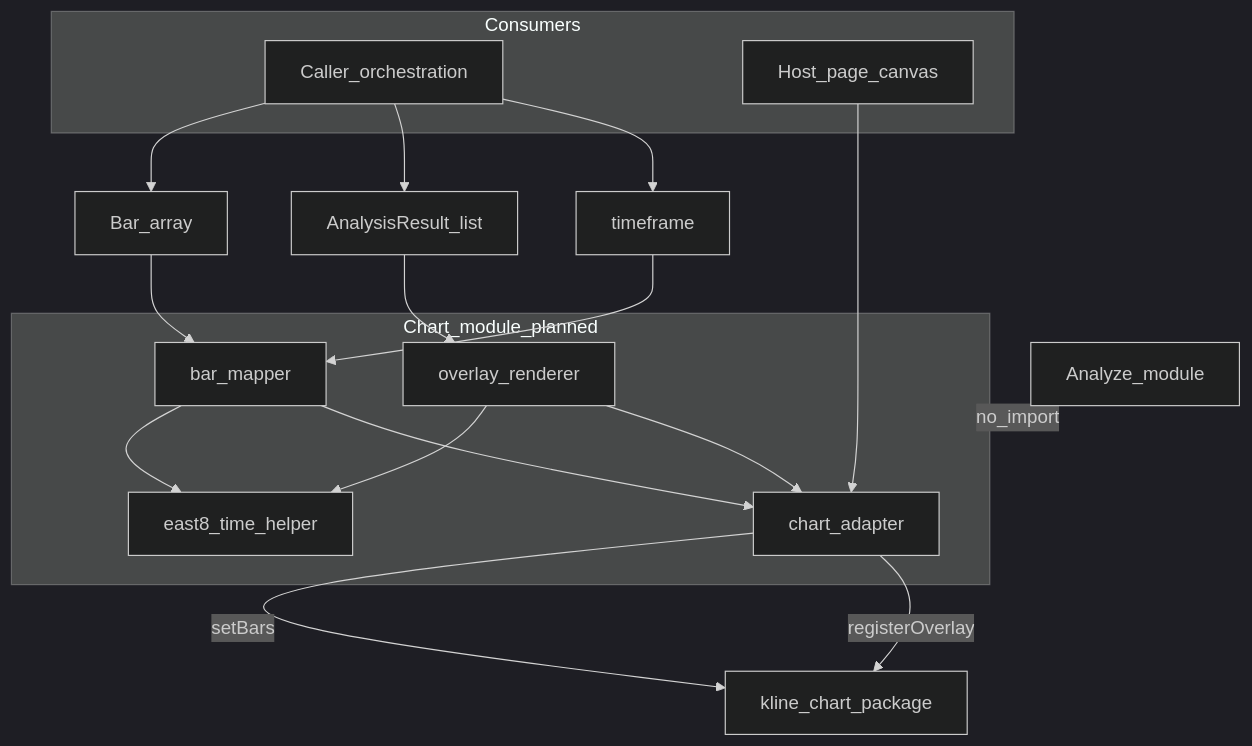
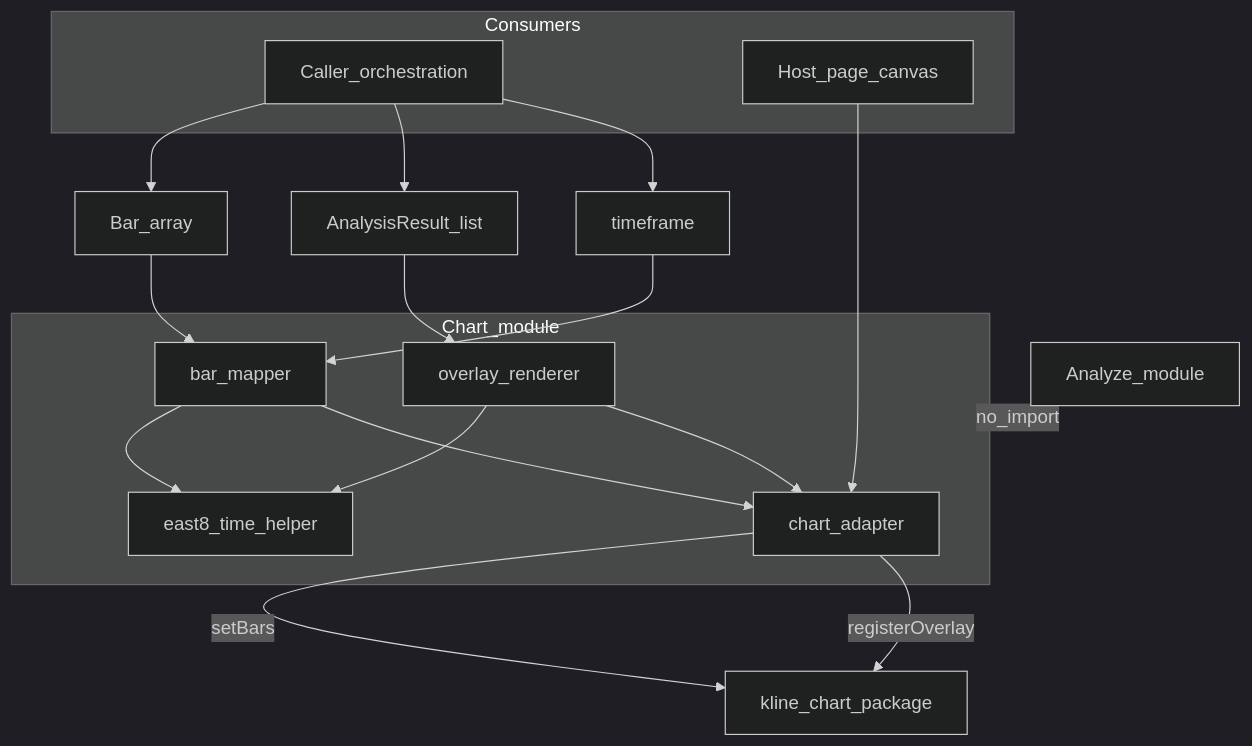
The second of 5 diagrams in docs/architecture/chart.md (jiuong/k-line-analyze), drawn with Mermaid (dark theme) before and after one commit. The commit also changed other lines of this file and 72 other files, not shown here.

````diff
--- a/docs/architecture/chart.md
+++ b/docs/architecture/chart.md
@@ -110,32 +113,32 @@
 ```mermaid
 flowchart TB
   subgraph consumers [Consumers]
     caller[Caller_orchestration]
     hostPage[Host_page_canvas]
   end
-  subgraph chartModule [Chart_module_planned]
+  subgraph chartModule [Chart_module]
     adapter[chart_adapter]
     mapper[bar_mapper]
     overlay[overlay_renderer]
     timeEast8[east8_time_helper]
   end
   barsIn[Bar_array]
   resultsIn[AnalysisResult_list]
   tfIn[timeframe]
   lib["kline_chart_package"]
   analyze[Analyze_module]
   caller --> barsIn
   caller --> resultsIn
   caller --> tfIn
   hostPage --> adapter
   barsIn --> mapper
   tfIn --> mapper
   resultsIn --> overlay
   mapper --> timeEast8
   overlay --> timeEast8
   mapper --> adapter
   overlay --> adapter
   adapter -->|setBars| lib
   adapter -->|registerOverlay| lib
   analyze -.->|"no_import"| chartModule
 ```
````
